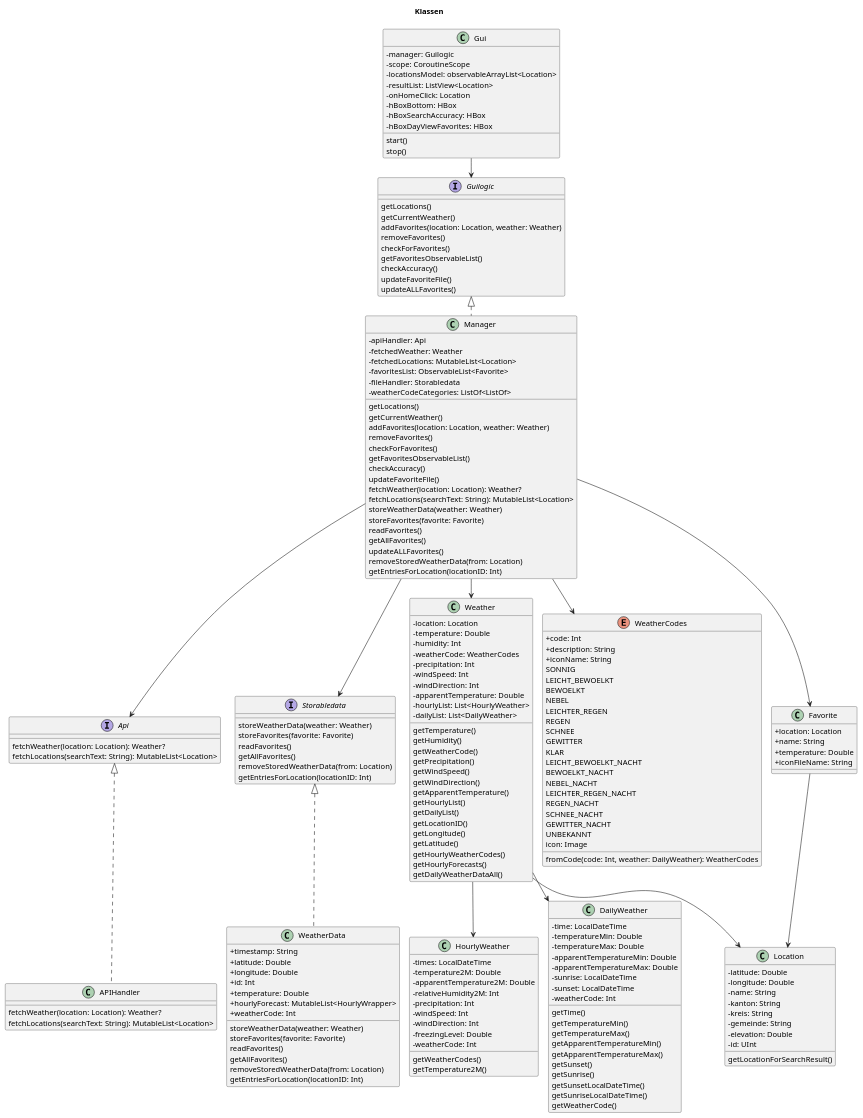
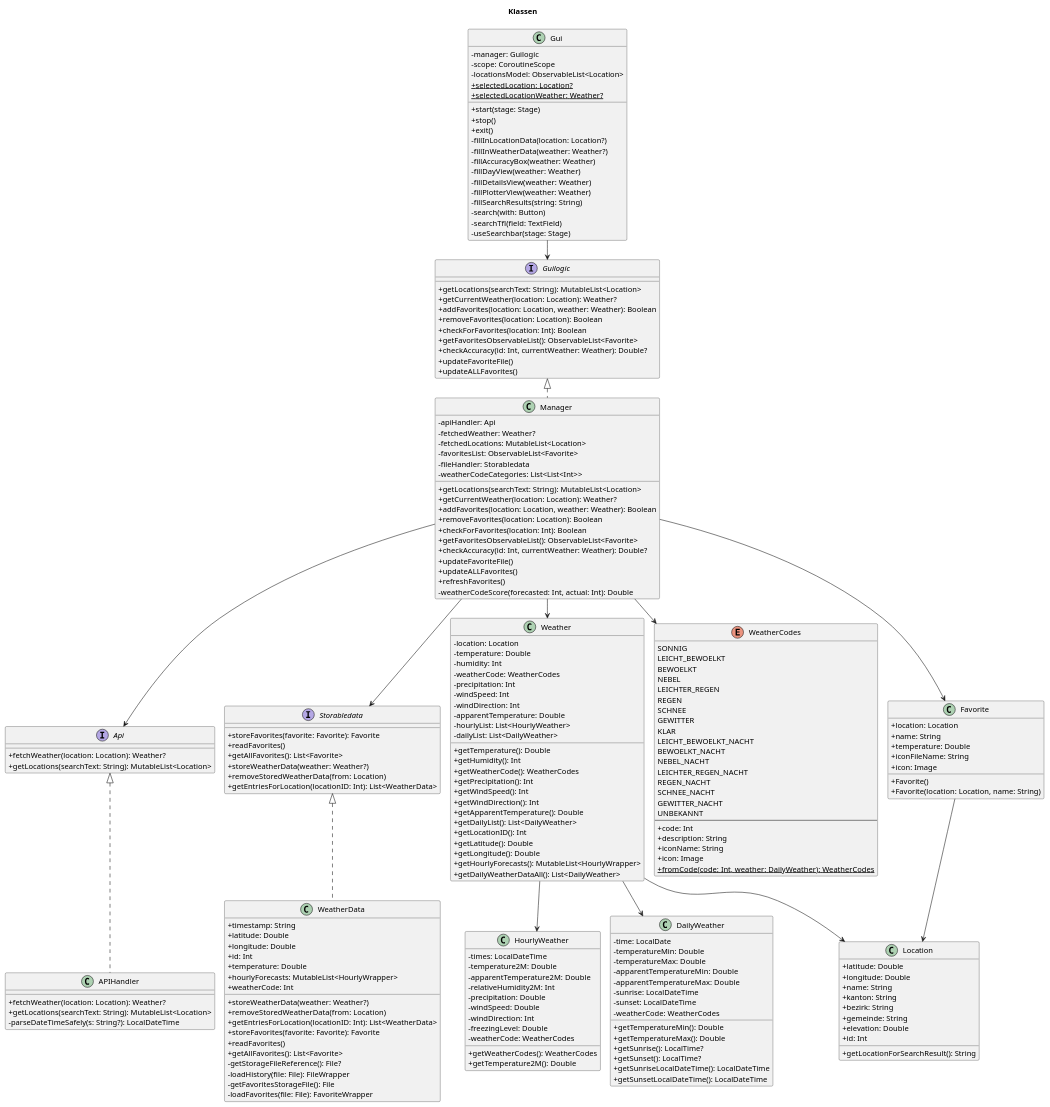
The diagram in doc/Weather2b_ClassDiagram_V03.puml (GrgPtrKoch/Wetterapp_pk), drawn with PlantUML before and after one commit. The commit also changed 3 other files, not shown here.

Commit message:
Klassendiagramm überarbeitet und nicht verwendete Methoden entfernt

```diff
--- a/doc/Weather2b_ClassDiagram_V03.puml
+++ b/doc/Weather2b_ClassDiagram_V03.puml
@@ -22,198 +22,202 @@
 Manager --> Favorite
 
 class Manager {
-    - apiHandler: Api
-    - fetchedWeather: Weather
-    - fetchedLocations: MutableList<Location>
-    - favoritesList: ObservableList<Favorite>
-    - fileHandler: Storabledata
-    - weatherCodeCategories: ListOf<ListOf>
-    getLocations()
-    getCurrentWeather()
-    addFavorites(location: Location, weather: Weather)
-    removeFavorites()
-    checkForFavorites()
-    getFavoritesObservableList()
-    checkAccuracy()
-    updateFavoriteFile()
-    fetchWeather(location: Location): Weather?
-    fetchLocations(searchText: String): MutableList<Location>
-    storeWeatherData(weather: Weather)
-    storeFavorites(favorite: Favorite)
-    readFavorites()
-    getAllFavorites()
-    updateALLFavorites()
-    removeStoredWeatherData(from: Location)
-    getEntriesForLocation(locationID: Int)
+        - apiHandler: Api
+        - fetchedWeather: Weather?
+        - fetchedLocations: MutableList<Location>
+        - favoritesList: ObservableList<Favorite>
+        - fileHandler: Storabledata
+        - weatherCodeCategories: List<List<Int>>
+        + getLocations(searchText: String): MutableList<Location>
+        + getCurrentWeather(location: Location): Weather?
+        + addFavorites(location: Location, weather: Weather): Boolean
+        + removeFavorites(location: Location): Boolean
+        + checkForFavorites(location: Int): Boolean
+        + getFavoritesObservableList(): ObservableList<Favorite>
+        + checkAccuracy(id: Int, currentWeather: Weather): Double?
+        + updateFavoriteFile()
+        + updateALLFavorites()
+        + refreshFavorites()
+        - weatherCodeScore(forecasted: Int, actual: Int): Double
 }
 
 interface Storabledata {
-    storeWeatherData(weather: Weather)
-    storeFavorites(favorite: Favorite)
-    readFavorites()
-    getAllFavorites()
-    removeStoredWeatherData(from: Location)
-    getEntriesForLocation(locationID: Int)
+        + storeFavorites(favorite: Favorite): Favorite
+        + readFavorites()
+        + getAllFavorites(): List<Favorite>
+        + storeWeatherData(weather: Weather?)
+        + removeStoredWeatherData(from: Location)
+        + getEntriesForLocation(locationID: Int): List<WeatherData>
 }
 
 interface Api {
-     fetchWeather(location: Location): Weather?
-     fetchLocations(searchText: String): MutableList<Location>
+        + fetchWeather(location: Location): Weather?
+        + getLocations(searchText: String): MutableList<Location>
 }
 
 interface Guilogic {
-    getLocations()
-    getCurrentWeather()
-    addFavorites(location: Location, weather: Weather)
-    removeFavorites()
-    checkForFavorites()
-    getFavoritesObservableList()
-    checkAccuracy()
-    updateFavoriteFile()
-    updateALLFavorites()
+        + getLocations(searchText: String): MutableList<Location>
+        + getCurrentWeather(location: Location): Weather?
+        + addFavorites(location: Location, weather: Weather): Boolean
+        + removeFavorites(location: Location): Boolean
+        + checkForFavorites(location: Int): Boolean
+        + getFavoritesObservableList(): ObservableList<Favorite>
+        + checkAccuracy(id: Int, currentWeather: Weather): Double?
+        + updateFavoriteFile()
+        + updateALLFavorites()
 }
 
 class Gui {
-    - manager: Guilogic
-    - scope: CoroutineScope
-    - locationsModel: observableArrayList<Location>
-    - resultList: ListView<Location>
-    - onHomeClick: Location
-    - hBoxBottom: HBox
-    - hBoxSearchAccuracy: HBox
-    - hBoxDayViewFavorites: HBox
-    start()
-    stop()
+        - manager: Guilogic
+        - scope: CoroutineScope
+        - locationsModel: ObservableList<Location>
+        {static} + selectedLocation: Location?
+        {static} + selectedLocationWeather: Weather?
+        + start(stage: Stage)
+        + stop()
+        + exit()
+        - fillInLocationData(location: Location?)
+        - fillInWeatherData(weather: Weather?)
+        - fillAccuracyBox(weather: Weather)
+        - fillDayView(weather: Weather)
+        - fillDetailsView(weather: Weather)
+        - fillPlotterView(weather: Weather)
+        - fillSearchResults(string: String)
+        - search(with: Button)
+        - searchTfl(field: TextField)
+        - useSearchbar(stage: Stage)
 }
 
 class WeatherData {
-    + timestamp: String
-    + latitude: Double
-    + longitude: Double
-    + id: Int
-    + temperature: Double
-    + hourlyForecast: MutableList<HourlyWrapper>
-    + weatherCode: Int
-    storeWeatherData(weather: Weather)
-    storeFavorites(favorite: Favorite)
-    readFavorites()
-    getAllFavorites()
-    removeStoredWeatherData(from: Location)
-    getEntriesForLocation(locationID: Int)
+        + timestamp: String
+        + latitude: Double
+        + longitude: Double
+        + id: Int
+        + temperature: Double
+        + hourlyForecasts: MutableList<HourlyWrapper>
+        + weatherCode: Int
+        + storeWeatherData(weather: Weather?)
+        + removeStoredWeatherData(from: Location)
+        + getEntriesForLocation(locationID: Int): List<WeatherData>
+        + storeFavorites(favorite: Favorite): Favorite
+        + readFavorites()
+        + getAllFavorites(): List<Favorite>
+        - getStorageFileReference(): File?
+        - loadHistory(file: File): FileWrapper
+        - getFavoritesStorageFile(): File
+        - loadFavorites(file: File): FavoriteWrapper
 }
 
 
 class APIHandler {
-    fetchWeather(location: Location): Weather?
-    fetchLocations(searchText: String): MutableList<Location>
-
+         + fetchWeather(location: Location): Weather?
+         + getLocations(searchText: String): MutableList<Location>
+         - parseDateTimeSafely(s: String?): LocalDateTime
 }
 
 class Weather {
-    - location: Location
-    - temperature: Double
-    - humidity: Int
-    - weatherCode: WeatherCodes
-    - precipitation: Int
-    - windSpeed: Int
-    - windDirection: Int
-    - apparentTemperature: Double
-    - hourlyList: List<HourlyWeather>
-    - dailyList: List<DailyWeather>
-    getTemperature()
-    getHumidity()
-    getWeatherCode()
-    getPrecipitation()
-    getWindSpeed()
-    getWindDirection()
-    getApparentTemperature()
-    getHourlyList()
-    getDailyList()
-    getLocationID()
-    getLongitude()
-    getLatitude()
-    getHourlyWeatherCodes()
-    getHourlyForecasts()
-    getDailyWeatherDataAll()
+        - location: Location
+        - temperature: Double
+        - humidity: Int
+        - weatherCode: WeatherCodes
+        - precipitation: Int
+        - windSpeed: Int
+        - windDirection: Int
+        - apparentTemperature: Double
+        - hourlyList: List<HourlyWeather>
+        - dailyList: List<DailyWeather>
+        + getTemperature(): Double
+        + getHumidity(): Int
+        + getWeatherCode(): WeatherCodes
+        + getPrecipitation(): Int
+        + getWindSpeed(): Int
+        + getWindDirection(): Int
+        + getApparentTemperature(): Double
+        + getDailyList(): List<DailyWeather>
+        + getLocationID(): Int
+        + getLatitude(): Double
+        + getLongitude(): Double
+        + getHourlyForecasts(): MutableList<HourlyWrapper>
+        + getDailyWeatherDataAll(): List<DailyWeather>
 }
 
 class HourlyWeather {
-    - times: LocalDateTime
-    - temperature2M: Double
-    - apparentTemperature2M: Double
-    - relativeHumidity2M: Int
-    - precipitation: Int
-    - windSpeed: Int
-    - windDirection: Int
-    - freezingLevel: Double
-    - weatherCode: Int
-    getWeatherCodes()
-    getTemperature2M()
+        - times: LocalDateTime
+        - temperature2M: Double
+        - apparentTemperature2M: Double
+        - relativeHumidity2M: Int
+        - precipitation: Double
+        - windSpeed: Double
+        - windDirection: Int
+        - freezingLevel: Double
+        - weatherCode: WeatherCodes
+        + getWeatherCodes(): WeatherCodes
+        + getTemperature2M(): Double
 }
 
 class DailyWeather {
-    - time: LocalDateTime
-    - temperatureMin: Double
-    - temperatureMax: Double
-    - apparentTemperatureMin: Double
-    - apparentTemperatureMax: Double
-    - sunrise: LocalDateTime
-    - sunset: LocalDateTime
-    - weatherCode: Int
-    getTime()
-    getTemperatureMin()
-    getTemperatureMax()
-    getApparentTemperatureMin()
-    getApparentTemperatureMax()
-    getSunset()
-    getSunrise()
-    getSunsetLocalDateTime()
-    getSunriseLocalDateTime()
-    getWeatherCode()
+        - time: LocalDate
+        - temperatureMin: Double
+        - temperatureMax: Double
+        - apparentTemperatureMin: Double
+        - apparentTemperatureMax: Double
+        - sunrise: LocalDateTime
+        - sunset: LocalDateTime
+        - weatherCode: WeatherCodes
+        + getTemperatureMin(): Double
+        + getTemperatureMax(): Double
+        + getSunrise(): LocalTime?
+        + getSunset(): LocalTime?
+        + getSunriseLocalDateTime(): LocalDateTime
+        + getSunsetLocalDateTime(): LocalDateTime
 }
 
 class Location {
-    - latitude: Double
-    - longitude: Double
-    - name: String
-    - kanton: String
-    - kreis: String
-    - gemeinde: String
-    - elevation: Double
-    - id: UInt
-    getLocationForSearchResult()
+        + latitude: Double
+        + longitude: Double
+        + name: String
+        + kanton: String
+        + bezirk: String
+        + gemeinde: String
+        + elevation: Double
+        + id: Int
+        + getLocationForSearchResult(): String
 }
 
 class Favorite {
-    + location: Location
-    + name: String
-    + temperature: Double
-    + iconFileName: String
+            + location: Location
+            + name: String
+            + temperature: Double
+            + iconFileName: String
+            + icon: Image
+            + Favorite()
+            + Favorite(location: Location, name: String)
 }
 
 enum WeatherCodes {
-    + code: Int
-    + description: String
-    + iconName: String
-     SONNIG
-     LEICHT_BEWOELKT
-     BEWOELKT
-     NEBEL
-     LEICHTER_REGEN
-     REGEN
-     SCHNEE
-     GEWITTER
-     KLAR
-     LEICHT_BEWOELKT_NACHT
-     BEWOELKT_NACHT
-     NEBEL_NACHT
-     LEICHTER_REGEN_NACHT
-     REGEN_NACHT
-     SCHNEE_NACHT
-     GEWITTER_NACHT
-     UNBEKANNT
-     icon: Image
-     fromCode(code: Int, weather: DailyWeather): WeatherCodes
+        SONNIG
+        LEICHT_BEWOELKT
+        BEWOELKT
+        NEBEL
+        LEICHTER_REGEN
+        REGEN
+        SCHNEE
+        GEWITTER
+        KLAR
+        LEICHT_BEWOELKT_NACHT
+        BEWOELKT_NACHT
+        NEBEL_NACHT
+        LEICHTER_REGEN_NACHT
+        REGEN_NACHT
+        SCHNEE_NACHT
+        GEWITTER_NACHT
+        UNBEKANNT
+        --
+        + code: Int
+        + description: String
+        + iconName: String
+        + icon: Image
+        + {static} fromCode(code: Int, weather: DailyWeather): WeatherCodes
 }
 
 
```
